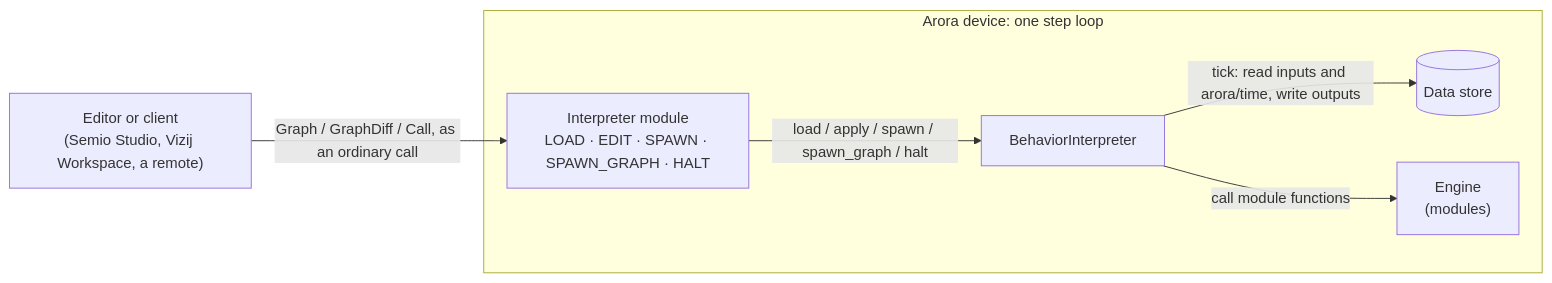
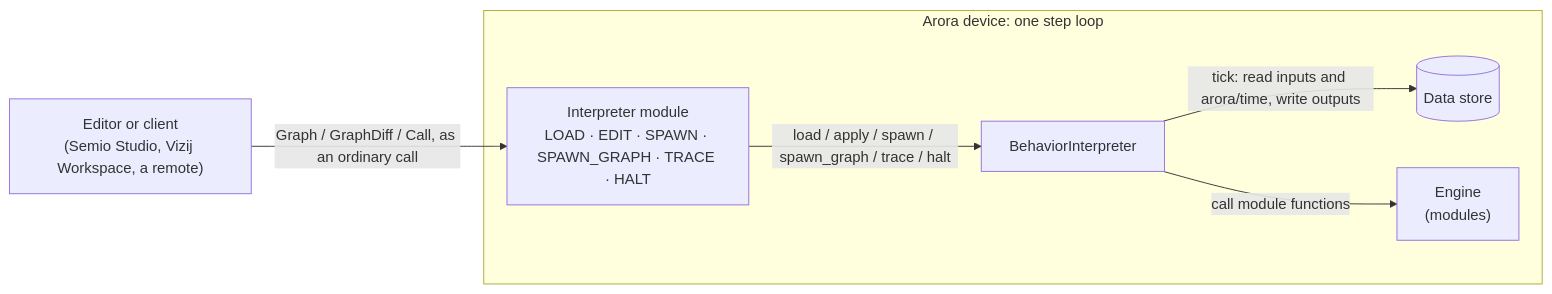
Before and after one commit to semio-ai/arora-sdk: the first of 2 diagrams in crates/arora-behavior/docs/interpreter-workflow.md, drawn with Mermaid. The commit also changed other lines of this file and 6 other files, not shown here.

First line of the commit message:
feat(arora-behavior): BehaviorInterpreter::trace and the interpreter module's TRACE

````diff
--- a/crates/arora-behavior/docs/interpreter-workflow.md
+++ b/crates/arora-behavior/docs/interpreter-workflow.md
@@ -11,14 +11,14 @@
 ```mermaid
 flowchart LR
   editor["Editor or client<br/>(Semio Studio, Vizij Workspace, a remote)"]
   subgraph device["Arora device: one step loop"]
-    module["Interpreter module<br/>LOAD · EDIT · SPAWN · SPAWN_GRAPH · HALT"]
+    module["Interpreter module<br/>LOAD · EDIT · SPAWN · SPAWN_GRAPH · TRACE · HALT"]
     interp["BehaviorInterpreter"]
     store[("Data store")]
     engine["Engine<br/>(modules)"]
   end
   editor -- "Graph / GraphDiff / Call, as an ordinary call" --> module
-  module -- "load / apply / spawn / spawn_graph / halt" --> interp
+  module -- "load / apply / spawn / spawn_graph / trace / halt" --> interp
   interp -- "tick: read inputs and arora/time, write outputs" --> store
   interp -- "call module functions" --> engine
 ```
````
